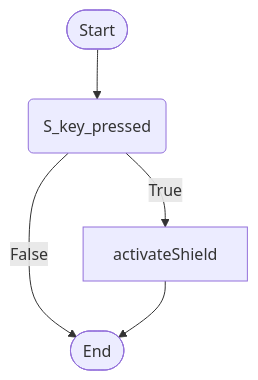
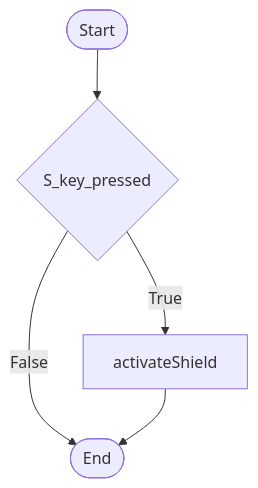
The first of 3 diagrams in logic.md (Carterpearce/SDF-Space-Invaders), drawn with Mermaid before and after one commit. The commit also changed other lines of this file, not shown here.

First line of the commit message:
flowcharts

````diff
--- a/logic.md
+++ b/logic.md
@@ -5,12 +5,12 @@
  ```mermaid
 flowchart TD
     terminalStart([Start])
     %% Comment
     terminalEnd([End])
-    S_key_pressed(S_key_pressed)
+    S_key_pressed{S_key_pressed}
 
     terminalStart --> S_key_pressed
     S_key_pressed --> |True| activateShield
     S_key_pressed --> |False| terminalEnd
     activateShield --> terminalEnd
 ```
````
